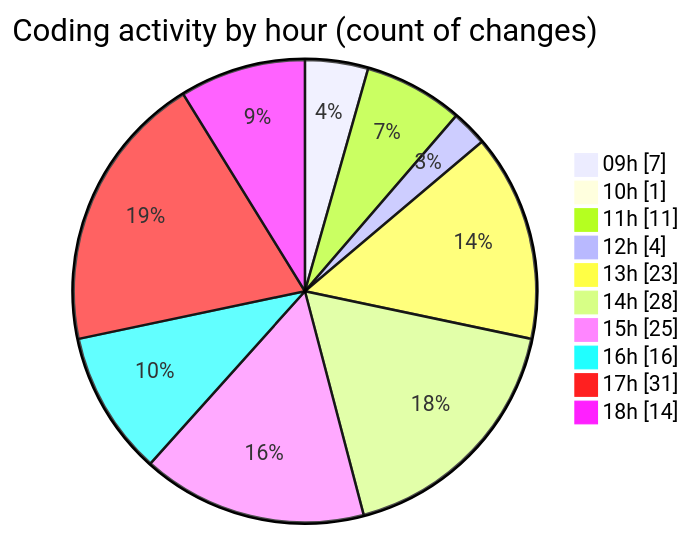
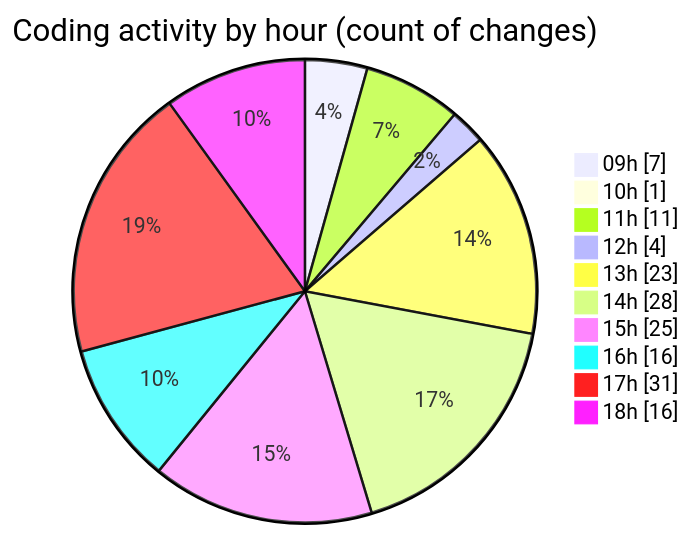
One commit to momahboobian/code-tracking changed the second of 2 diagrams in 2026-04-22/cda/README.md. Above: the diagram before and after it, drawn with Mermaid. The commit also changed other lines of this file and 1 other file, not shown here.

````diff
--- a/2026-04-22/cda/README.md
+++ b/2026-04-22/cda/README.md
@@ -55,14 +55,14 @@
 ```mermaid
 pie showData
 title Coding activity by hour (count of changes)
 "09h" : 7
 "10h" : 1
 "11h" : 11
 "12h" : 4
 "13h" : 23
 "14h" : 28
 "15h" : 25
 "16h" : 16
 "17h" : 31
-"18h" : 14
+"18h" : 16
 ```
````
